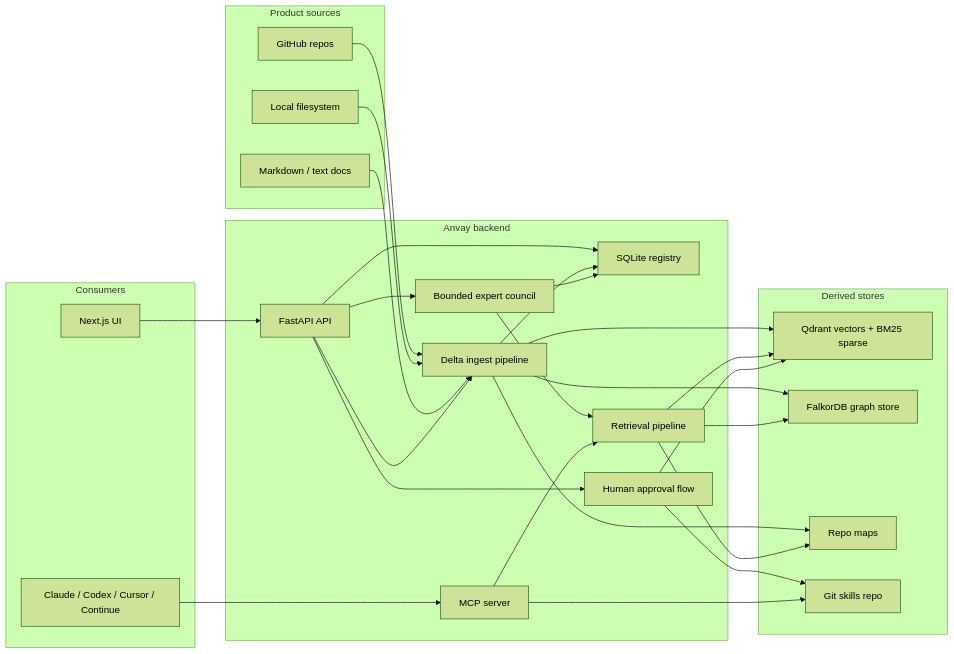
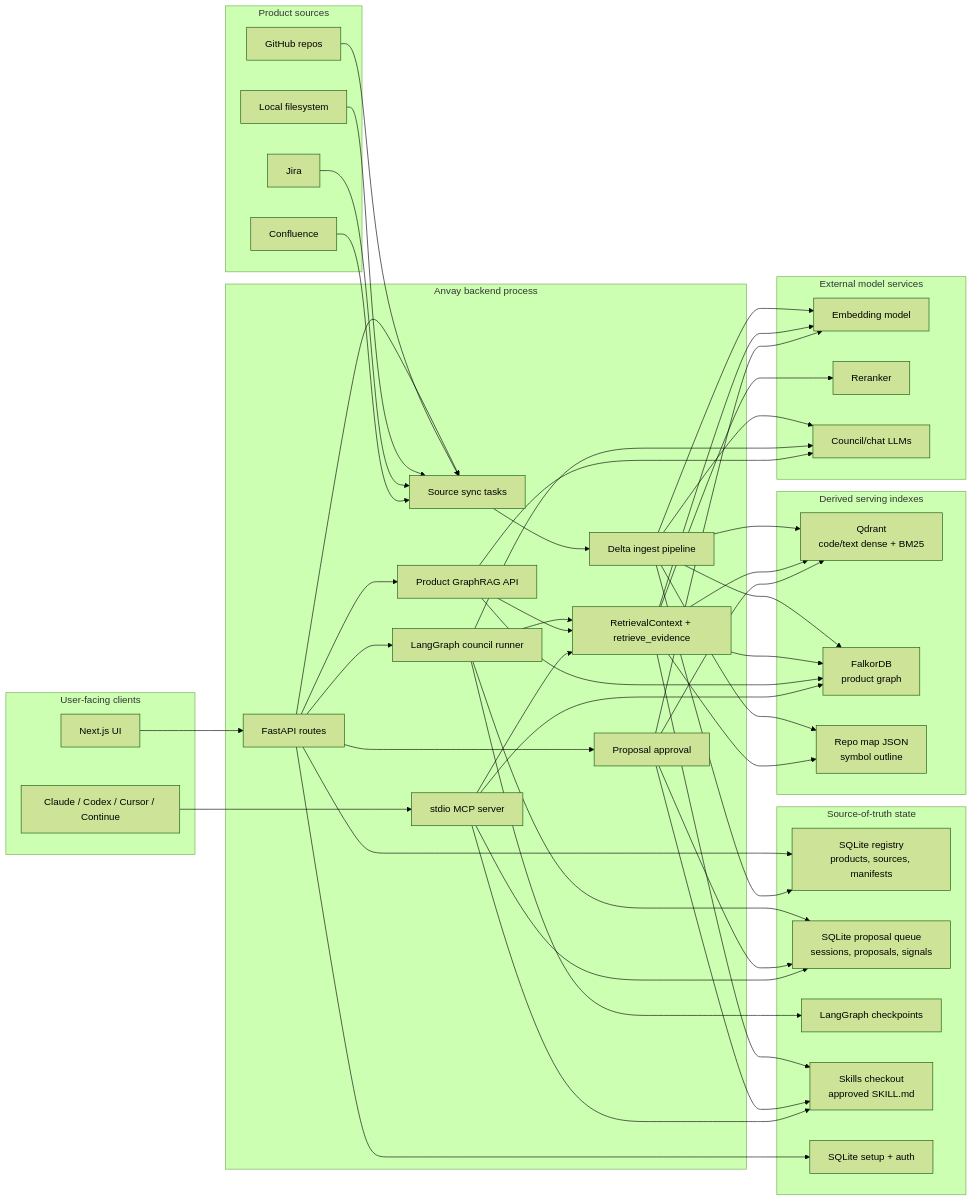
Before and after one commit to 0xaeres/anvay-core: the first of 3 diagrams in README.md, drawn with Mermaid (forest theme). The commit also changed other lines of this file, not shown here.

Commit message:
Expand README with product-focused overview

````diff
--- a/README.md
+++ b/README.md
@@ -50,51 +114,91 @@
   subgraph Sources["Product sources"]
     GitHub["GitHub repos"]
     Local["Local filesystem"]
-    Docs["Markdown / text docs"]
+    Jira["Jira"]
+    Confluence["Confluence"]
   end
 
-  subgraph API["Anvay backend"]
-    FastAPI["FastAPI API"]
-    Registry["SQLite registry"]
+  subgraph App["Anvay backend process"]
+    FastAPI["FastAPI routes"]
+    SourceSync["Source sync tasks"]
     Ingest["Delta ingest pipeline"]
-    Retrieval["Retrieval pipeline"]
-    Council["Bounded expert council"]
-    Approval["Human approval flow"]
-    MCP["MCP server"]
+    Retrieval["RetrievalContext + retrieve_evidence"]
+    Council["LangGraph council runner"]
+    Approval["Proposal approval"]
+    MCP["stdio MCP server"]
+    AgentAPI["Product GraphRAG API"]
   end
 
-  subgraph Stores["Derived stores"]
-    Qdrant["Qdrant vectors + BM25 sparse"]
-    GraphStore["FalkorDB graph store"]
-    RepoMap["Repo maps"]
-    SkillsRepo["Git skills repo"]
+  subgraph State["Source-of-truth state"]
+    Registry["SQLite registry\nproducts, sources, manifests"]
+    Queue["SQLite proposal queue\nsessions, proposals, signals"]
+    Checkpoints["LangGraph checkpoints"]
+    Skills["Skills checkout\napproved SKILL.md"]
+    SetupAuth["SQLite setup + auth"]
   end
 
-  subgraph Clients["Consumers"]
+  subgraph Derived["Derived serving indexes"]
+    Qdrant["Qdrant\ncode/text dense + BM25"]
+    GraphStore["FalkorDB\nproduct graph"]
+    RepoMap["Repo map JSON\nsymbol outline"]
+  end
+
+  subgraph Models["External model services"]
+    Embedder["Embedding model"]
+    Reranker["Reranker"]
+    LLM["Council/chat LLMs"]
+  end
+
+  subgraph Clients["User-facing clients"]
     UI["Next.js UI"]
     Agents["Claude / Codex / Cursor / Continue"]
   end
 
-  GitHub --> Ingest
-  Local --> Ingest
-  Docs --> Ingest
   UI --> FastAPI
+  Agents --> MCP
+
   FastAPI --> Registry
-  FastAPI --> Ingest
+  FastAPI --> SetupAuth
+  FastAPI --> SourceSync
+  FastAPI --> Council
+  FastAPI --> Approval
+  FastAPI --> AgentAPI
+
+  GitHub --> SourceSync
+  Local --> SourceSync
+  Jira --> SourceSync
+  Confluence --> SourceSync
+  SourceSync --> Ingest
   Ingest --> Registry
+  Ingest --> Embedder
+  Ingest --> LLM
   Ingest --> Qdrant
   Ingest --> GraphStore
   Ingest --> RepoMap
+
+  Retrieval --> Embedder
   Retrieval --> Qdrant
+  Retrieval --> Reranker
+  Retrieval --> RepoMap
   Retrieval --> GraphStore
-  Retrieval --> RepoMap
-  FastAPI --> Council
+  Retrieval --> Skills
+
   Council --> Retrieval
-  Council --> Registry
-  FastAPI --> Approval
-  Approval --> SkillsRepo
+  Council --> LLM
+  Council --> Queue
+  Council --> Checkpoints
+
+  Approval --> Queue
+  Approval --> Skills
+  Approval --> Embedder
   Approval --> Qdrant
-  MCP --> SkillsRepo
+
+  AgentAPI --> Retrieval
+  AgentAPI --> GraphStore
+  AgentAPI --> LLM
+
+  MCP --> Skills
   MCP --> Retrieval
-  Agents --> MCP
+  MCP --> GraphStore
+  MCP --> Queue
 ```
````
